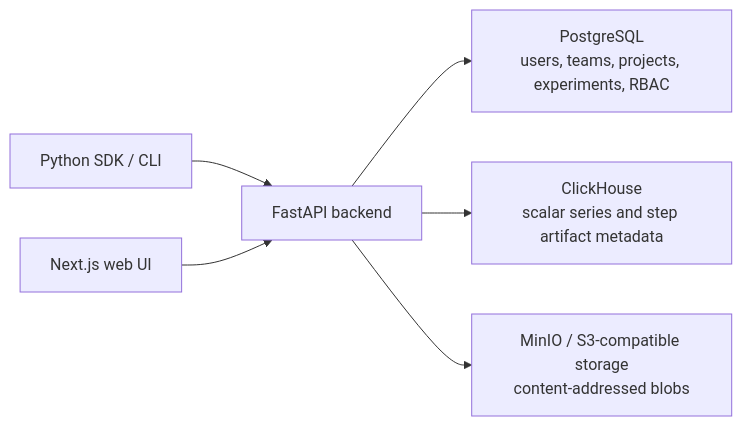
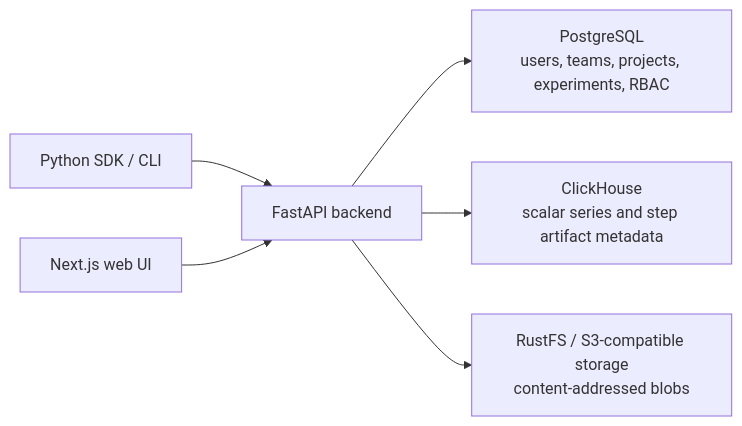
One commit to MalchuL/experiment_tracker changed the diagram in README.md. Above: the diagram before and after it, drawn with Mermaid. The commit also changed other lines of this file and 36 other files, not shown here.

First line of the commit message:
Switch object storage from MinIO to RustFS

````diff
--- a/README.md
+++ b/README.md
@@ -89,15 +89,15 @@
 ```mermaid
 flowchart LR
   Web["Next.js web UI"]
   API["FastAPI backend"]
   PG["PostgreSQL\nusers, teams, projects, experiments, RBAC"]
   CH["ClickHouse\nscalar series and step artifact metadata"]
-  S3["MinIO / S3-compatible storage\ncontent-addressed blobs"]
+  S3["RustFS / S3-compatible storage\ncontent-addressed blobs"]
   SDK["Python SDK / CLI"]
 
   SDK --> API
   Web --> API
   API --> PG
   API --> CH
   API --> S3
 ```
````
